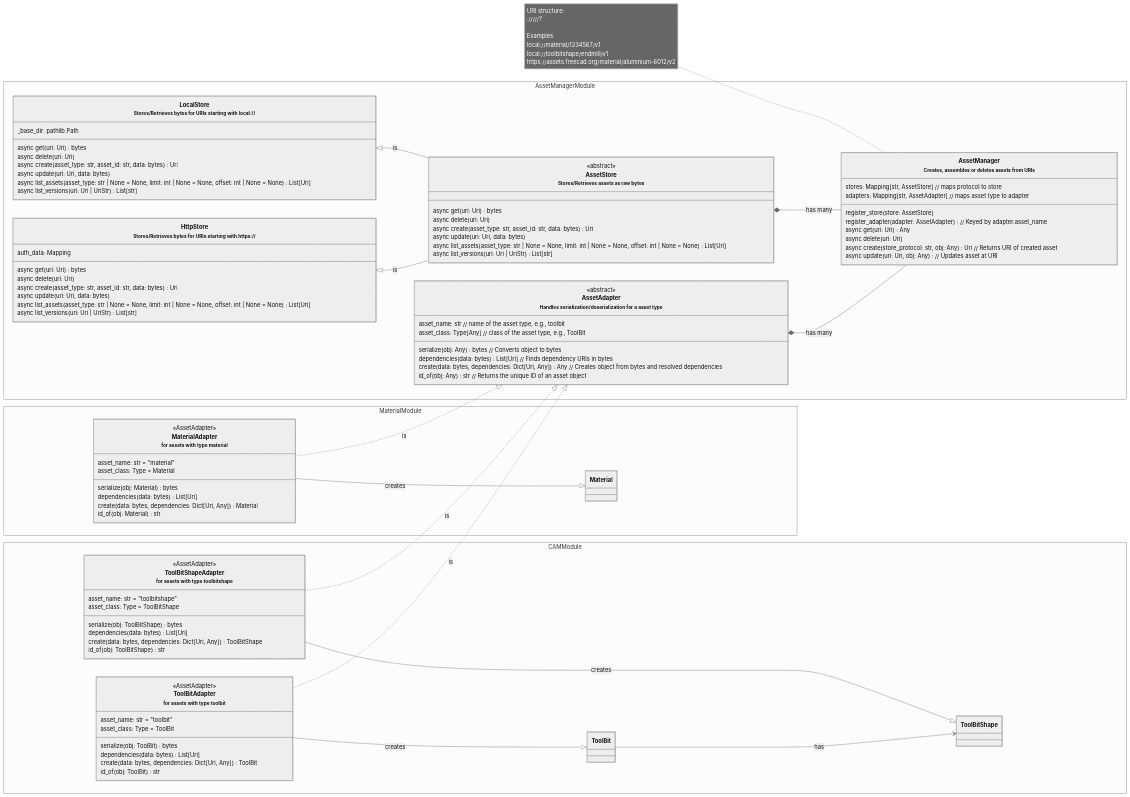
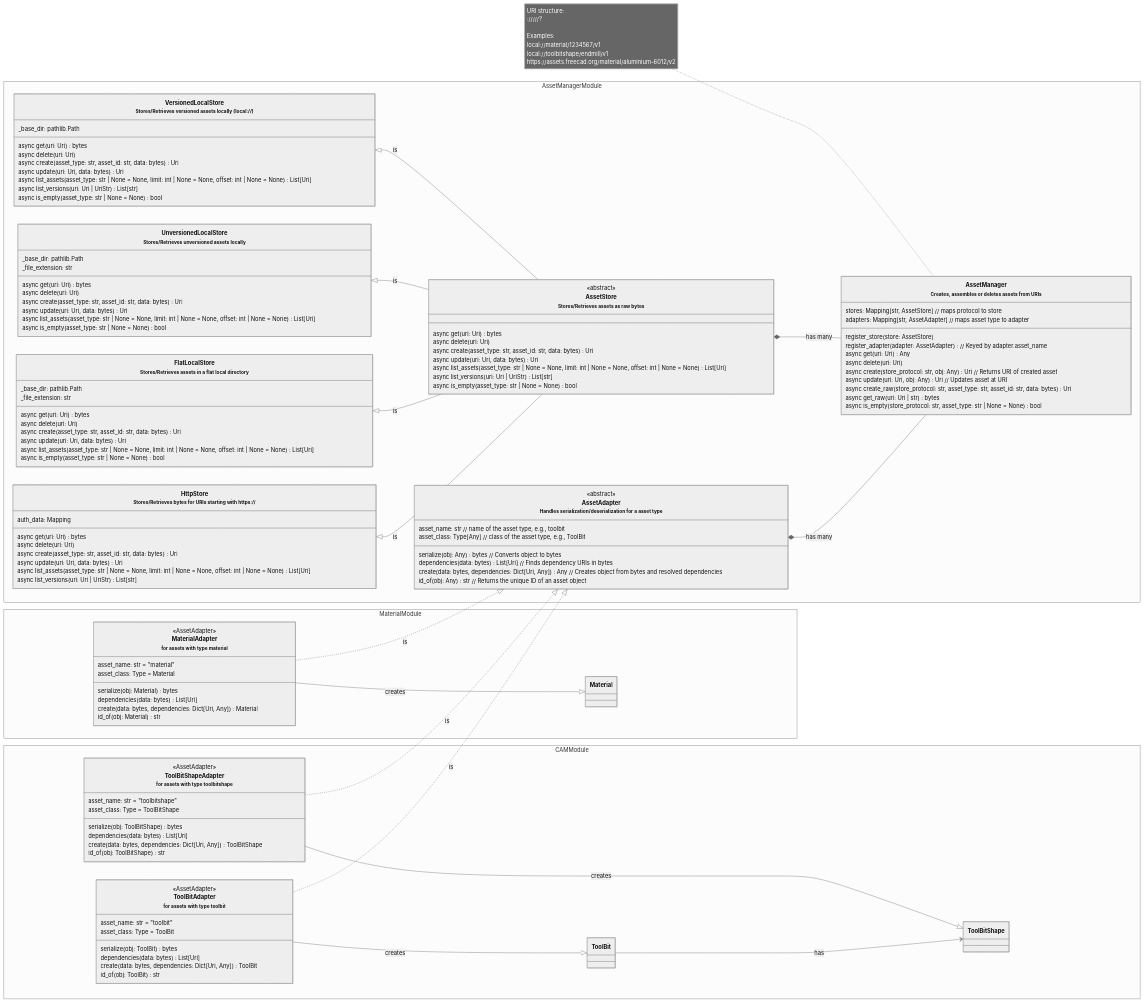
Before and after one commit to knipknap/FreeCAD: the diagram in src/Mod/CAM/Path/Tool/assets/README.md, drawn with Mermaid (neutral theme). The commit also changed other lines of this file and 10 other files, not shown here.

Commit message:
CAM: refine asset manager APIs and tests, add .is_empty(), .get_raw(), and .create_raw()

```diff
--- a/src/Mod/CAM/Path/Tool/assets/README.md
+++ b/src/Mod/CAM/Path/Tool/assets/README.md
@@ -55,7 +73,10 @@
         async get(uri: Uri) Any
         async delete(uri: Uri)
         async create(store_protocol: str, obj: Any) Uri // Returns URI of created asset
-        async update(uri: Uri, obj: Any) // Updates asset at URI
+        async update(uri: Uri, obj: Any) Uri // Updates asset at URI
+        async create_raw(store_protocol: str, asset_type: str, asset_id: str, data: bytes) Uri
+        async get_raw(uri: Uri | str) bytes
+        async is_empty(store_protocol: str, asset_type: str | None = None) bool
     }
 
     class AssetStore["AssetStore
@@ -64,23 +85,51 @@
         async get(uri: Uri) bytes
         async delete(uri: Uri)
         async create(asset_type: str, asset_id: str, data: bytes) Uri
-        async update(uri: Uri, data: bytes)
+        async update(uri: Uri, data: bytes) Uri
         async list_assets(asset_type: str | None = None, limit: int | None = None, offset: int | None = None) List[Uri]
         async list_versions(uri: Uri | UriStr) List[str]
+        async is_empty(asset_type: str | None = None) bool
     }
     AssetStore *-- AssetManager: has many
 
-    class VersionedLocalStore["LocalStore
-    <small>Stores/Retrieves bytes for URIs starting with local://</small>"] {
+    class VersionedLocalStore["VersionedLocalStore
+    <small>Stores/Retrieves versioned assets locally (local://)</small>"] {
         _base_dir: pathlib.Path
         async get(uri: Uri) bytes
         async delete(uri: Uri)
         async create(asset_type: str, asset_id: str, data: bytes) Uri
-        async update(uri: Uri, data: bytes)
+        async update(uri: Uri, data: bytes) Uri
         async list_assets(asset_type: str | None = None, limit: int | None = None, offset: int | None = None) List[Uri]
         async list_versions(uri: Uri | UriStr) List[str]
+        async is_empty(asset_type: str | None = None) bool
     }
     VersionedLocalStore <|-- AssetStore: is
+
+    class UnversionedLocalStore["UnversionedLocalStore
+    <small>Stores/Retrieves unversioned assets locally</small>"] {
+        _base_dir: pathlib.Path
+        _file_extension: str
+        async get(uri: Uri) bytes
+        async delete(uri: Uri)
+        async create(asset_type: str, asset_id: str, data: bytes) Uri
+        async update(uri: Uri, data: bytes) Uri
+        async list_assets(asset_type: str | None = None, limit: int | None = None, offset: int | None = None) List[Uri]
+        async is_empty(asset_type: str | None = None) bool
+    }
+    UnversionedLocalStore <|-- AssetStore: is
+
+    class FlatLocalStore["FlatLocalStore
+    <small>Stores/Retrieves assets in a flat local directory</small>"] {
+        _base_dir: pathlib.Path
+        _file_extension: str
+        async get(uri: Uri) bytes
+        async delete(uri: Uri)
+        async create(asset_type: str, asset_id: str, data: bytes) Uri
+        async update(uri: Uri, data: bytes) Uri
+        async list_assets(asset_type: str | None = None, limit: int | None = None, offset: int | None = None) List[Uri]
+        async is_empty(asset_type: str | None = None) bool
+    }
+    FlatLocalStore <|-- AssetStore: is
 
     class HttpStore["HttpStore
     <small>Stores/Retrieves bytes for URIs starting with https://</small>"] {
@@ -88,7 +137,7 @@
         async get(uri: Uri) bytes
         async delete(uri: Uri)
         async create(asset_type: str, asset_id: str, data: bytes) Uri
-        async update(uri: Uri, data: bytes)
+        async update(uri: Uri, data: bytes) Uri
         async list_assets(asset_type: str | None = None, limit: int | None = None, offset: int | None = None) List[Uri]
         async list_versions(uri: Uri | UriStr) List[str]
     }
@@ -110,6 +159,8 @@
         class AssetManager
         class AssetStore
         class VersionedLocalStore
+        class UnversionedLocalStore
+        class FlatLocalStore
         class HttpStore
         class AssetAdapter
     }
```
